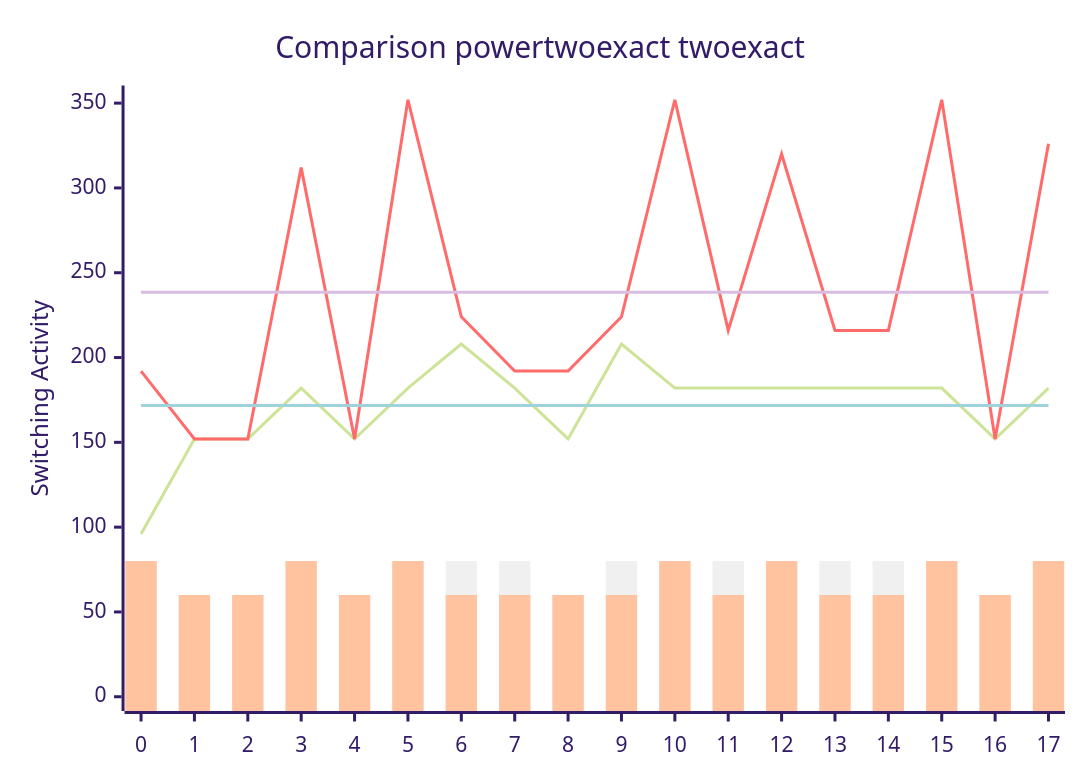
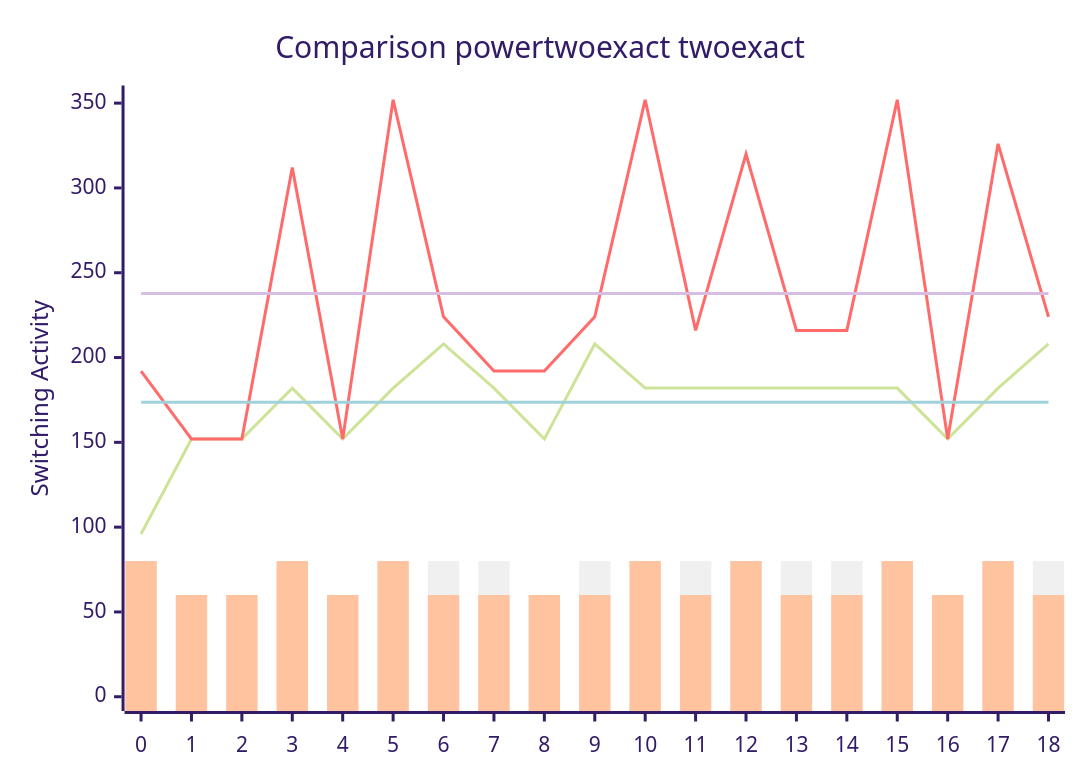
Before and after one commit to FeldmeierMichael/Exact-Power-Synthesis: the diagram in benchmark.md, drawn with Mermaid (forest theme). The commit also changed other lines of this file and 2 other files, not shown here.

````diff
--- a/benchmark.md
+++ b/benchmark.md
@@ -37,12 +39,12 @@
 ```mermaid
 xychart-beta
     title "Comparison powertwoexact twoexact"
-    x-axis [0, 1, 2, 3, 4, 5, 6, 7, 8, 9, 10, 11, 12, 13, 14, 15, 16, 17]
+    x-axis [0, 1, 2, 3, 4, 5, 6, 7, 8, 9, 10, 11, 12, 13, 14, 15, 16, 17, 18]
     y-axis "Switching Activity" 0-->352
-    line [96, 152, 152, 182, 152, 182, 208, 182, 152, 208, 182, 182, 182, 182, 182, 182, 152, 182]
-    line [192, 152, 152, 312, 152, 352, 224, 192, 192, 224, 352, 216, 320, 216, 216, 352, 152, 326]
-    line [171.77777777777777, 171.77777777777777, 171.77777777777777, 171.77777777777777, 171.77777777777777, 171.77777777777777, 171.77777777777777, 171.77777777777777, 171.77777777777777, 171.77777777777777, 171.77777777777777, 171.77777777777777, 171.77777777777777, 171.77777777777777, 171.77777777777777, 171.77777777777777, 171.77777777777777, 171.77777777777777]
-    line [238.55555555555554, 238.55555555555554, 238.55555555555554, 238.55555555555554, 238.55555555555554, 238.55555555555554, 238.55555555555554, 238.55555555555554, 238.55555555555554, 238.55555555555554, 238.55555555555554, 238.55555555555554, 238.55555555555554, 238.55555555555554, 238.55555555555554, 238.55555555555554, 238.55555555555554, 238.55555555555554]
-    bar [80, 60, 60, 80, 60, 80, 80, 80, 60, 80, 80, 80, 80, 80, 80, 80, 60, 80]
-    bar [80, 60, 60, 80, 60, 80, 60, 60, 60, 60, 80, 60, 80, 60, 60, 80, 60, 80]
+    line [96, 152, 152, 182, 152, 182, 208, 182, 152, 208, 182, 182, 182, 182, 182, 182, 152, 182, 208]
+    line [192, 152, 152, 312, 152, 352, 224, 192, 192, 224, 352, 216, 320, 216, 216, 352, 152, 326, 224]
+    line [173.68421052631578, 173.68421052631578, 173.68421052631578, 173.68421052631578, 173.68421052631578, 173.68421052631578, 173.68421052631578, 173.68421052631578, 173.68421052631578, 173.68421052631578, 173.68421052631578, 173.68421052631578, 173.68421052631578, 173.68421052631578, 173.68421052631578, 173.68421052631578, 173.68421052631578, 173.68421052631578, 173.68421052631578]
+    line [237.78947368421052, 237.78947368421052, 237.78947368421052, 237.78947368421052, 237.78947368421052, 237.78947368421052, 237.78947368421052, 237.78947368421052, 237.78947368421052, 237.78947368421052, 237.78947368421052, 237.78947368421052, 237.78947368421052, 237.78947368421052, 237.78947368421052, 237.78947368421052, 237.78947368421052, 237.78947368421052, 237.78947368421052]
+    bar [80, 60, 60, 80, 60, 80, 80, 80, 60, 80, 80, 80, 80, 80, 80, 80, 60, 80, 80]
+    bar [80, 60, 60, 80, 60, 80, 60, 60, 60, 60, 80, 60, 80, 60, 60, 80, 60, 80, 60]
 ```
````
